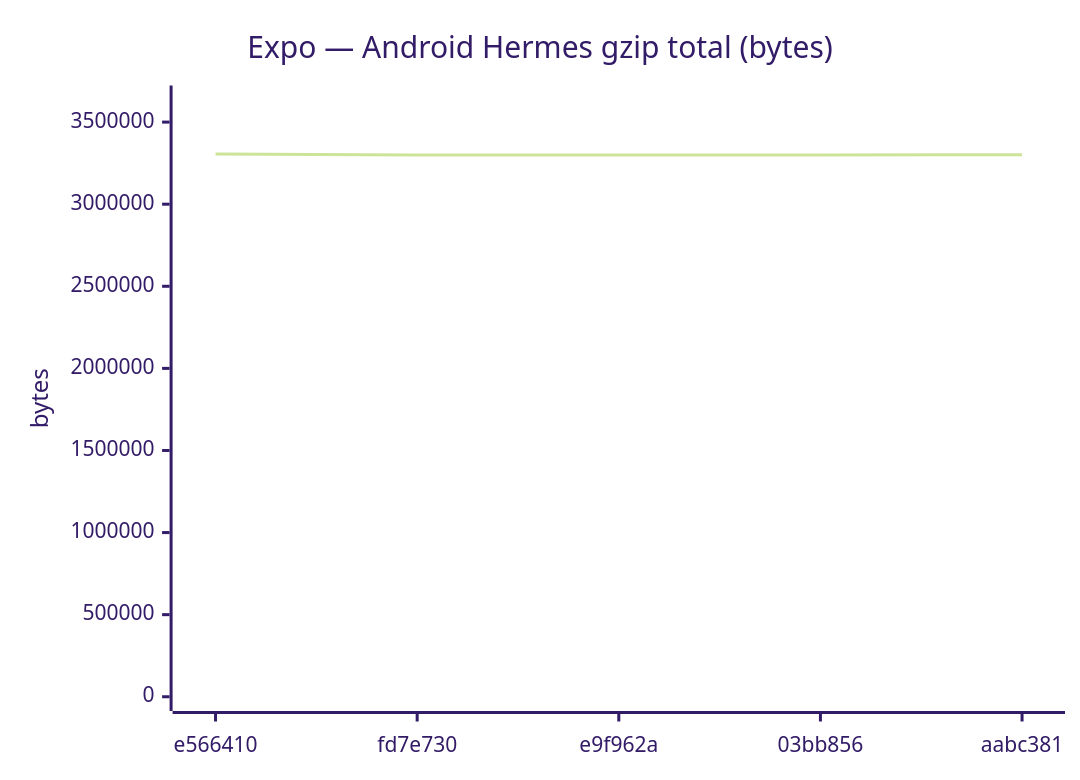
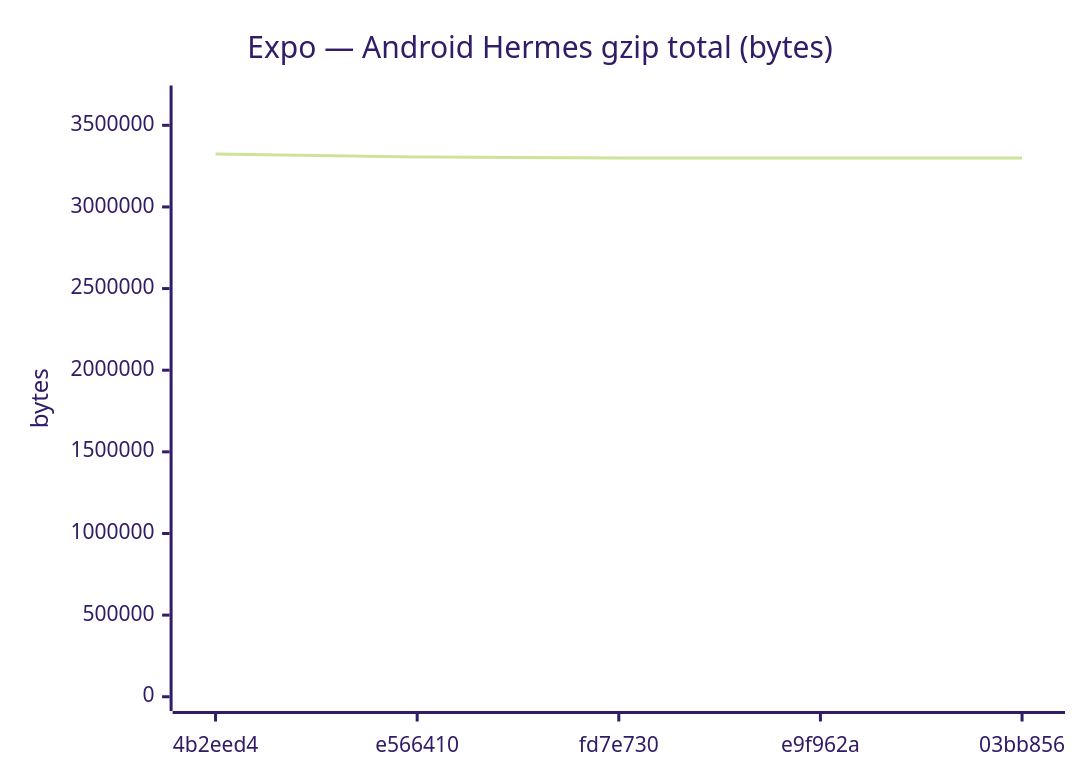
Before and after one commit to Metaheurist/Rianell: diagram 11 of 18 in benchmarks/compare.md, drawn with Mermaid (forest theme). The commit also changed other lines of this file and 11 other files, not shown here.

````diff
--- a/benchmarks/compare.md
+++ b/benchmarks/compare.md
@@ -172,7 +172,7 @@
 ```mermaid
 xychart-beta
     title "Expo — Android Hermes gzip total (bytes)"
-    x-axis ["e566410", "fd7e730", "e9f962a", "03bb856", "aabc381"]
-    y-axis "bytes" 0 --> 3636104
-    line [3305549, 3300038, 3300034, 3300038, 3300630]
+    x-axis ["4b2eed4", "e566410", "fd7e730", "e9f962a", "03bb856"]
+    y-axis "bytes" 0 --> 3656491
+    line [3324082, 3305549, 3300038, 3300034, 3300038]
 ```
````
